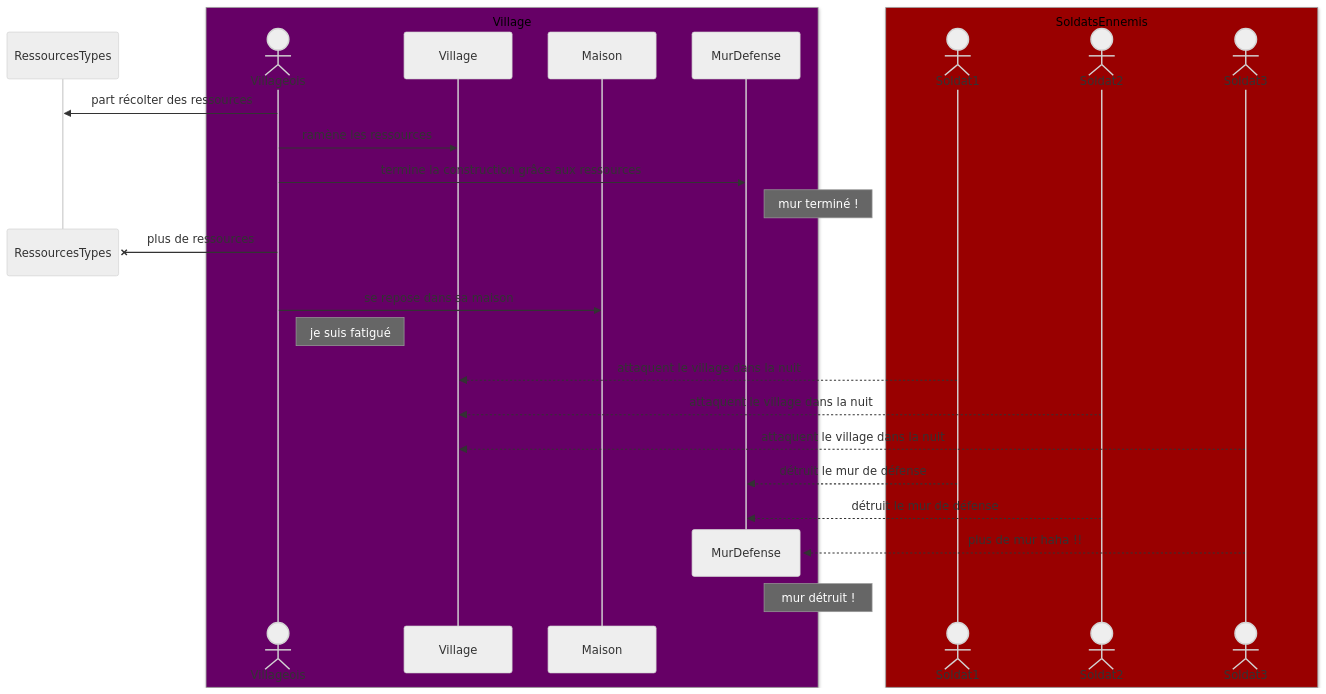
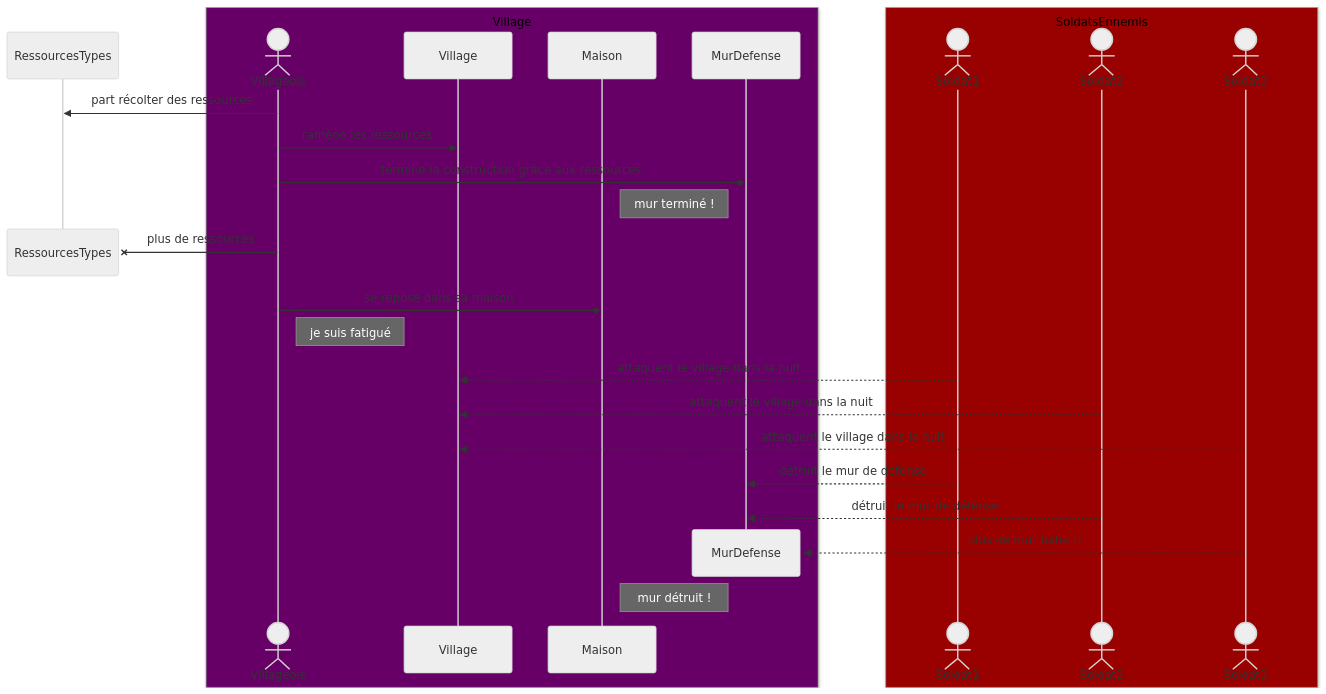
The diagram in SEQUENCEDIAGRAM.md (tcht-marie/brief08-POO-java), drawn with Mermaid (neutral theme) before and after one commit.

````diff
--- a/SEQUENCEDIAGRAM.md
+++ b/SEQUENCEDIAGRAM.md
@@ -3,47 +3,47 @@
 ```mermaid
 ---
 titre: Nebula Game Labs
 ---
 
 sequenceDiagram
     participant RessourcesTypes
     actor Villageois
     
     Villageois->>RessourcesTypes : part récolter des ressources
     
     box rgb(102,0,102) Village
         participant  Villageois
         participant Village
         participant Maison
         participant MurDefense
     end
     
     Villageois->>Village : ramène les ressources
     
     Villageois->>MurDefense : termine la construction grâce aux ressources
-    note right of MurDefense : mur terminé !
+    note left of MurDefense : mur terminé !
     
     destroy RessourcesTypes
     Villageois-xRessourcesTypes : plus de ressources
 
     Villageois->>Maison : se repose dans sa maison
     note right of Villageois : je suis fatigué
     
     box rgb(153,0,0) SoldatsEnnemis
     actor Soldat1
     actor Soldat2
     actor Soldat3
     end
     Soldat1-->>Village : attaquent le village dans la nuit
     Soldat2-->>Village : attaquent le village dans la nuit
     Soldat3-->>Village : attaquent le village dans la nuit
 
     Soldat1-->>MurDefense : détruit le mur de défense
     Soldat2-->>MurDefense : détruit le mur de défense
     destroy MurDefense
     Soldat3-->>MurDefense : plus de mur haha !!
-    note right of MurDefense : mur détruit !
+    note left of MurDefense : mur détruit !
 
     
 
 ```
````
